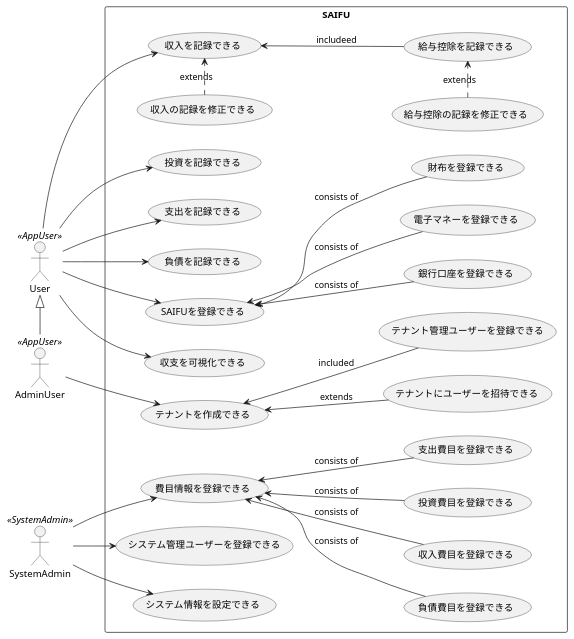
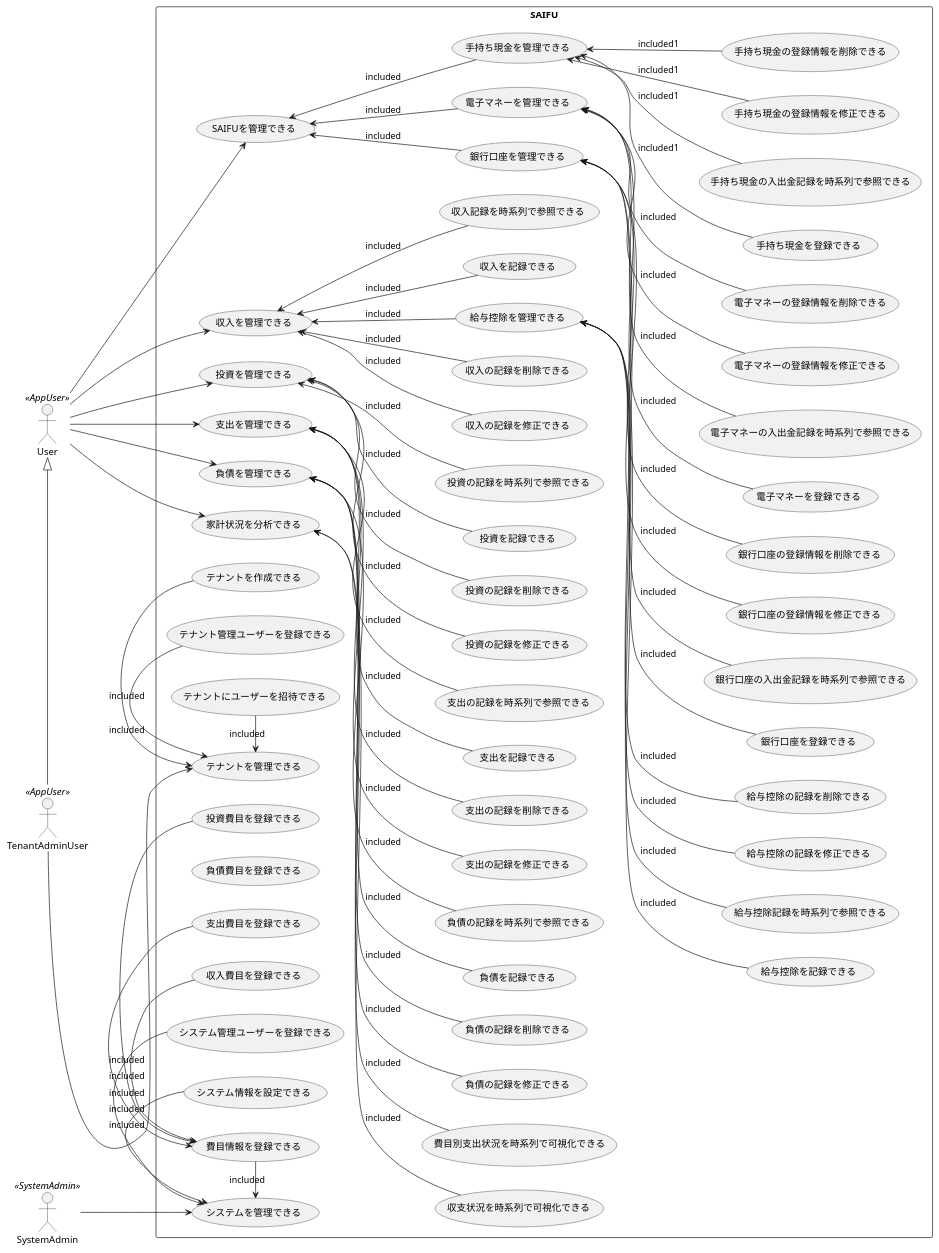
Before and after one commit to JojiKoike/saifu-docs: the diagram in design/UseCase.wsd, drawn with PlantUML.

Commit message:
収入、支出、資産、負債にCRUDのユースケースを追加 ユースケースID振り修正、分析のユースケースを詳細化

```diff
--- a/design/UseCase.wsd
+++ b/design/UseCase.wsd
@@ -1,63 +1,144 @@
 @startuml
 left to right direction
 
 ' Actor
 SystemAdmin <<SystemAdmin>>
 User <<AppUser>>
-AdminUser <<AppUser>>
-User <|- AdminUser
+TenantAdminUser <<AppUser>>
+User <|- TenantAdminUser
 
 ' Usecase
 rectangle SAIFU {
   ' Usecase Definitions
-  usecase "テナントを作成できる" as UC1_1
-  usecase "テナント管理ユーザーを登録できる" as UC1_1_1
-  usecase "テナントにユーザーを招待できる" as UC1_1_2
-  usecase "費目情報を登録できる" as UC2_1
-  usecase "収入費目を登録できる" as UC2_1_1
-  usecase "投資費目を登録できる" as UC2_1_2
-  usecase "支出費目を登録できる" as UC2_1_3
-  usecase "負債費目を登録できる" as UC2_1_4
-  usecase "システム管理ユーザーを登録できる" as UC2_2
-  usecase "システム情報を設定できる" as UC2_3
-  usecase "収入を記録できる" as UC3_1
-  usecase "収入の記録を修正できる" as UC3_1_1
-  usecase "給与控除を記録できる" as UC3_2
-  usecase "給与控除の記録を修正できる" as UC3_2_1
-  usecase "投資を記録できる" as UC4_1
-  usecase "支出を記録できる" as UC5_1
-  usecase "負債を記録できる" as UC6_1
-  usecase "SAIFUを登録できる" as UC7_1
-  usecase "財布を登録できる" as UC7_1_1
-  usecase "銀行口座を登録できる" as UC7_1_2
-  usecase "電子マネーを登録できる" as UC7_1_3
-  usecase "収支を可視化できる" as UC8_1
+  ' System Admin Usecase
+  usecase "システムを管理できる" as UC1
+  usecase "費目情報を登録できる" as UC1_1
+  usecase "収入費目を登録できる" as UC1_1_1
+  usecase "投資費目を登録できる" as UC1_1_2
+  usecase "支出費目を登録できる" as UC1_1_3
+  usecase "負債費目を登録できる" as UC1_1_4
+  usecase "システム管理ユーザーを登録できる" as UC1_2
+  usecase "システム情報を設定できる" as UC1_3
+  ' テナント
+  usecase "テナントを管理できる" as UC2
+  usecase "テナントを作成できる" as UC2_1
+  usecase "テナント管理ユーザーを登録できる" as UC2_2
+  usecase "テナントにユーザーを招待できる" as UC2_3
+ ' SAIFU
+  usecase "SAIFUを管理できる" as UC3
+  usecase "手持ち現金を管理できる" as UC3_1
+  usecase "手持ち現金を登録できる" as UC3_1_1
+  usecase "手持ち現金の入出金記録を時系列で参照できる" as UC3_1_2
+  usecase "手持ち現金の登録情報を修正できる" as UC3_1_3
+  usecase "手持ち現金の登録情報を削除できる" as UC3_1_4
+  usecase "銀行口座を管理できる" as UC3_2
+  usecase "銀行口座を登録できる" as UC3_2_1
+  usecase "銀行口座の入出金記録を時系列で参照できる" as UC3_2_2
+  usecase "銀行口座の登録情報を修正できる" as UC3_2_3
+  usecase "銀行口座の登録情報を削除できる" as UC3_2_4
+  usecase "電子マネーを管理できる" as UC3_3
+  usecase "電子マネーを登録できる" as UC3_3_1
+  usecase "電子マネーの入出金記録を時系列で参照できる" as UC3_3_2
+  usecase "電子マネーの登録情報を修正できる" as UC3_3_3
+  usecase "電子マネーの登録情報を削除できる" as UC3_3_4
+  ' 収入
+  usecase "収入を管理できる" as UC4
+  usecase "収入を記録できる" as UC4_1
+  usecase "収入記録を時系列で参照できる" as UC4_2
+  usecase "収入の記録を修正できる" as UC4_3
+  usecase "収入の記録を削除できる" as UC4_4
+  ' 給与控除
+  usecase "給与控除を管理できる" as UC5
+  usecase "給与控除を記録できる" as UC5_1
+  usecase "給与控除記録を時系列で参照できる" as UC5_2
+  usecase "給与控除の記録を修正できる" as UC5_3
+  usecase "給与控除の記録を削除できる" as UC5_4
+  ' 投資
+  usecase "投資を管理できる" as UC6
+  usecase "投資を記録できる" as UC6_1
+  usecase "投資の記録を時系列で参照できる" as UC6_2
+  usecase "投資の記録を修正できる" as UC6_3
+  usecase "投資の記録を削除できる" as UC6_4
+  ' 支出
+  usecase "支出を管理できる" as UC7
+  usecase "支出を記録できる" as UC7_1
+  usecase "支出の記録を時系列で参照できる" as UC7_2
+  usecase "支出の記録を修正できる" as UC7_3
+  usecase "支出の記録を削除できる" as UC7_4
+  ' 負債
+  usecase "負債を管理できる" as UC8
+  usecase "負債を記録できる" as UC8_1
+  usecase "負債の記録を時系列で参照できる" as UC8_2
+  usecase "負債の記録を修正できる" as UC8_3
+  usecase "負債の記録を削除できる" as UC8_4
+  ' 分析
+  usecase "家計状況を分析できる" as UC9
+  usecase "収支状況を時系列で可視化できる" as UC9_1
+  usecase "費目別支出状況を時系列で可視化できる" as UC9_2
 
   ' Usecase Structure Definitions
-  UC1_1 <-- UC1_1_1 : included
-  UC1_1 <-- UC1_1_2 : extends
-  UC3_1_1 .> UC3_1 : extends
-  UC3_2_1 .> UC3_2 : extends
-  UC3_1 <-- UC3_2 : includeed
-  UC2_1 <-- UC2_1_1 : consists of
-  UC2_1 <-- UC2_1_2 : consists of
-  UC2_1 <-- UC2_1_3 : consists of
-  UC2_1 <-- UC2_1_4 : consists of
-  UC7_1 <-- UC7_1_1 : consists of
-  UC7_1 <-- UC7_1_2 : consists of
-  UC7_1 <-- UC7_1_3 : consists of
+  ' System Admin UseCase
+  UC1 <- UC1_1 : included
+  UC1_1 <- UC1_1_1 : included
+  UC1_1 <- UC1_1_2 : included
+  UC1_1 <- UC1_1_3 : included
+  UC1 <- UC1_2 : included
+  UC1 <- UC1_3 : included
+
+  ' Tenant Owner User UseCase
+  UC2 <- UC2_1 : included
+  UC2 <- UC2_2 : included
+  UC2 <- UC2_3 : included
+
+  ' User UseCase
+  UC3_1 <-- UC3_1_1 : included1
+  UC3_1 <-- UC3_1_2 : included1
+  UC3_1 <-- UC3_1_3 : included1
+  UC3_1 <-- UC3_1_4 : included1
+  UC3 <-- UC3_1 : included
+  UC3_2 <-- UC3_2_1 : included
+  UC3_2 <-- UC3_2_2 : included
+  UC3_2 <-- UC3_2_3 : included
+  UC3_2 <-- UC3_2_4 : included
+  UC3 <-- UC3_2 : included
+  UC3_3 <-- UC3_3_1 : included
+  UC3_3 <-- UC3_3_2 : included
+  UC3_3 <-- UC3_3_3 : included
+  UC3_3 <-- UC3_3_4 : included
+  UC3 <-- UC3_3 : included
+  UC4 <-- UC4_1 : included
+  UC4 <-- UC4_2 : included
+  UC4 <-- UC4_3 : included
+  UC4 <-- UC4_4 : included
+  UC5 <-- UC5_1 : included
+  UC5 <-- UC5_2 : included
+  UC5 <-- UC5_3 : included
+  UC5 <-- UC5_4 : included
+  UC4 <-- UC5 : included
+  UC6 <-- UC6_1 : included
+  UC6 <-- UC6_2 : included
+  UC6 <-- UC6_3 : included
+  UC6 <-- UC6_4 : included
+  UC7 <-- UC7_1 : included
+  UC7 <-- UC7_2 : included
+  UC7 <-- UC7_3 : included
+  UC7 <-- UC7_4 : included
+  UC8 <-- UC8_1 : included
+  UC8 <-- UC8_2 : included
+  UC8 <-- UC8_3 : included
+  UC8 <-- UC8_4 : included
+  UC9 <-- UC9_1 : included
+  UC9 <-- UC9_2 : included
 }
 
 ' Usecase And Actor Relationship Definitions
-AdminUser --> UC1_1
-SystemAdmin --> UC2_1
-SystemAdmin --> UC2_2
-SystemAdmin --> UC2_3
-User --> UC3_1
-User --> UC4_1
-User --> UC5_1
-User --> UC6_1
-User --> UC7_1
-User --> UC8_1
+SystemAdmin --> UC1
+TenantAdminUser --> UC2
+User --> UC3
+User --> UC4
+User --> UC6
+User --> UC7
+User --> UC8
+User --> UC9
 
 @enduml
```
